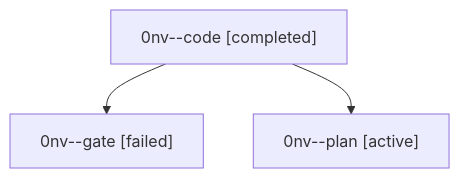
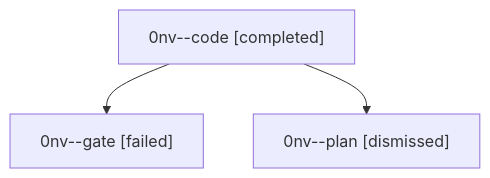
One commit to sase-org/sase--agents changed the diagram in sessions/bbugyi200.athena.0nv.md. Above: the diagram before and after it, drawn with Mermaid. The commit also changed other lines of this file and 36 other files, not shown here.

````diff
--- a/sessions/bbugyi200.athena.0nv.md
+++ b/sessions/bbugyi200.athena.0nv.md
@@ -9,8 +9,8 @@
 ```mermaid
 flowchart TD
   n0["0nv--code [completed]"]
   n1["0nv--gate [failed]"]
   n0 --> n1
-  n2["0nv--plan [active]"]
+  n2["0nv--plan [dismissed]"]
   n0 --> n2
 ```
````
